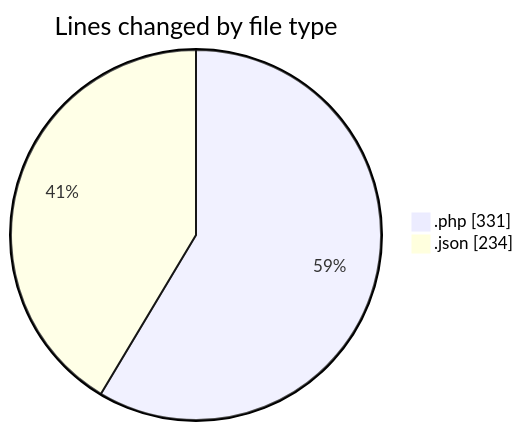
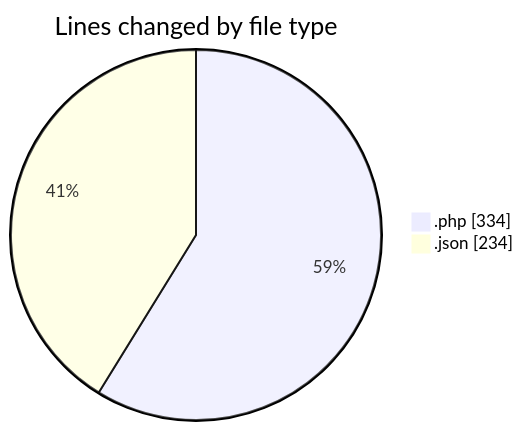
One commit to idhammustaqopulfikri/code-tracking changed the first of 2 diagrams in 2025-04-19/autodidak/README.md. Above: the diagram before and after it, drawn with Mermaid. The commit also changed other lines of this file and 1 other file, not shown here.

````diff
--- a/2025-04-19/autodidak/README.md
+++ b/2025-04-19/autodidak/README.md
@@ -27,6 +27,6 @@
 ```mermaid
 pie showData
 title Lines changed by file type
-".php" : 331
+".php" : 334
 ".json" : 234
 ```
````
